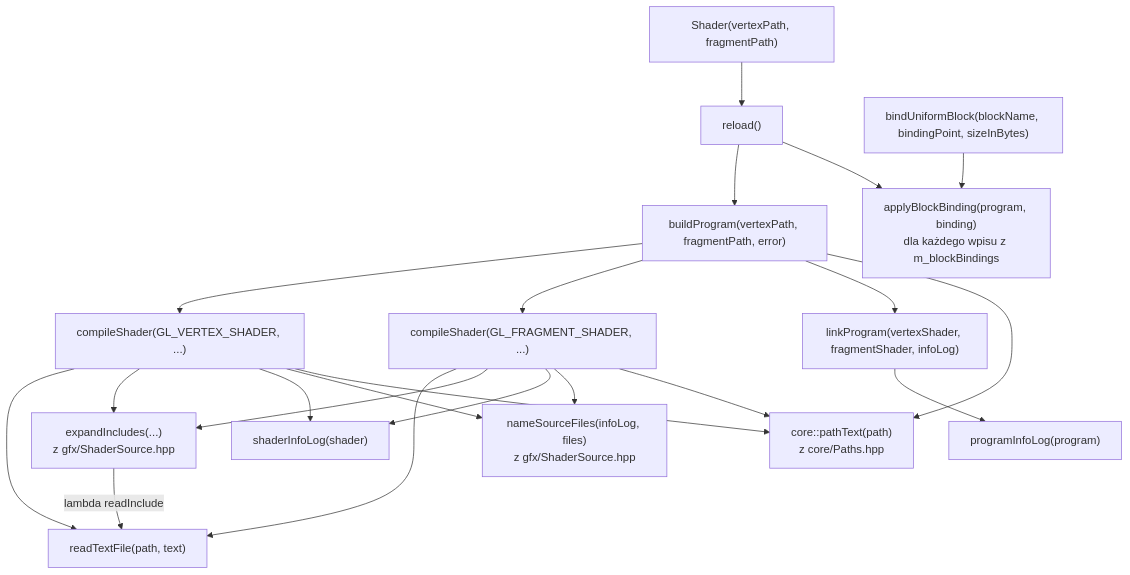
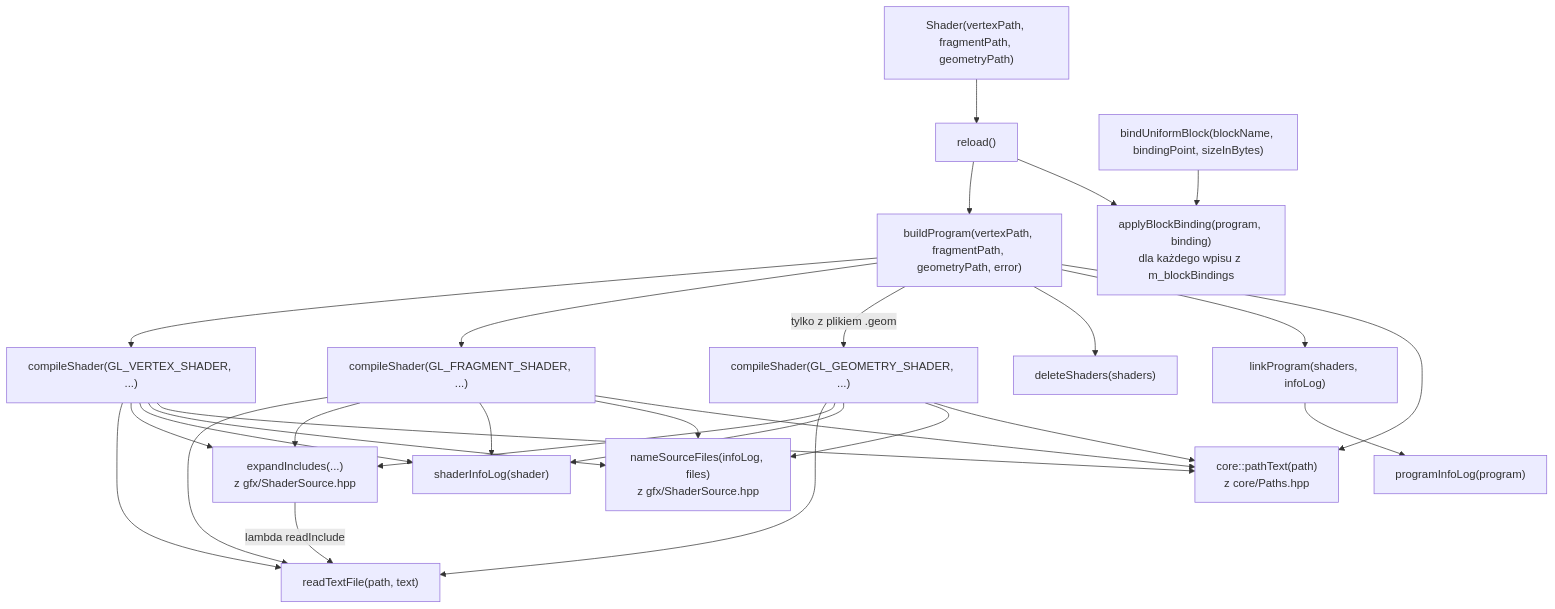
The second of 2 diagrams in docs/modules/gfx/shader-class.md (Shironex/night-maze), drawn with Mermaid before and after one commit. The commit also changed other lines of this file and 15 other files, not shown here.

Commit message:
feat(gfx): support an optional geometry stage in shader programs

````diff
--- a/docs/modules/gfx/shader-class.md
+++ b/docs/modules/gfx/shader-class.md
@@ -113,23 +114,30 @@
 ```mermaid
 flowchart TD
-    Ctor["Shader(vertexPath, fragmentPath)"] --> Reload["reload()"]
-    Reload --> Build["buildProgram(vertexPath, fragmentPath, error)"]
+    Ctor["Shader(vertexPath, fragmentPath, geometryPath)"] --> Reload["reload()"]
+    Reload --> Build["buildProgram(vertexPath, fragmentPath, geometryPath, error)"]
     Reload --> Apply["applyBlockBinding(program, binding)<br/>dla każdego wpisu z m_blockBindings"]
     BindBlock["bindUniformBlock(blockName, bindingPoint, sizeInBytes)"] --> Apply
     Build --> CompV["compileShader(GL_VERTEX_SHADER, ...)"]
     Build --> CompF["compileShader(GL_FRAGMENT_SHADER, ...)"]
-    Build --> Link["linkProgram(vertexShader, fragmentShader, infoLog)"]
+    Build -->|"tylko z plikiem .geom"| CompG["compileShader(GL_GEOMETRY_SHADER, ...)"]
+    CompG --> Read
+    CompG --> Expand
+    CompG --> SLog
+    CompG --> Name
+    CompG --> PText
+    Build --> Del["deleteShaders(shaders)"]
+    Build --> Link["linkProgram(shaders, infoLog)"]
     CompV --> Read["readTextFile(path, text)"]
     CompF --> Read
     CompV --> Expand["expandIncludes(...)<br/>z gfx/ShaderSource.hpp"]
     CompF --> Expand
     Expand -->|"lambda readInclude"| Read
     CompV --> SLog["shaderInfoLog(shader)"]
     CompF --> SLog
     CompV --> Name["nameSourceFiles(infoLog, files)<br/>z gfx/ShaderSource.hpp"]
     CompF --> Name
     Link --> PLog["programInfoLog(program)"]
     CompV --> PText["core::pathText(path)<br/>z core/Paths.hpp"]
     CompF --> PText
     Build --> PText
 ```
````
